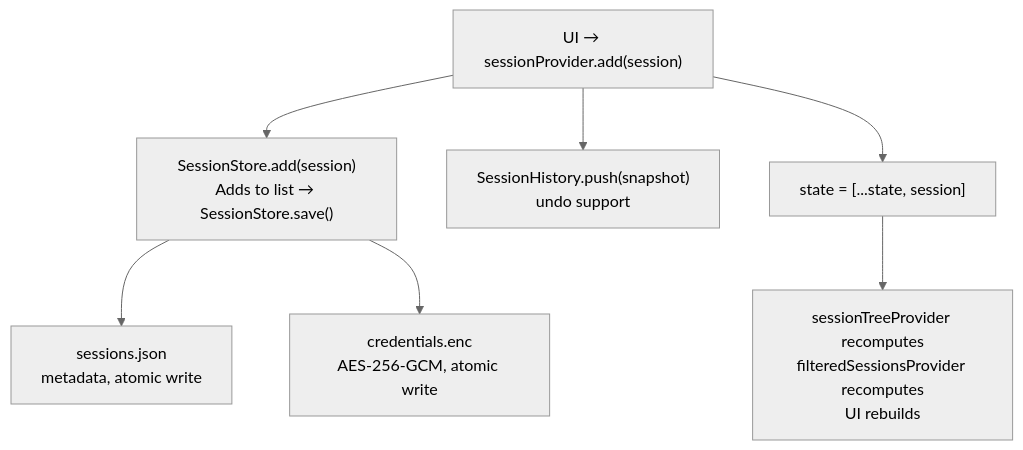
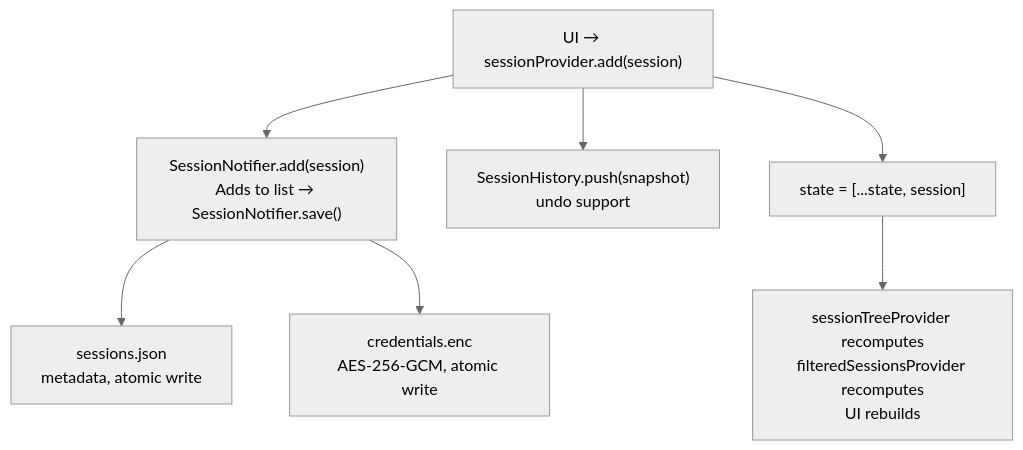
The ninth of 13 diagrams in docs/ARCHITECTURE.md (Llloooggg/LetsFLUTssh), drawn with Mermaid (neutral theme) before and after one commit. The commit also changed other lines of this file, not shown here.

````diff
--- a/docs/ARCHITECTURE.md
+++ b/docs/ARCHITECTURE.md
@@ -3950,10 +3950,10 @@
 ```mermaid
 flowchart TD
     ui["UI → sessionProvider.add(session)"]
-    ui --> add["SessionStore.add(session)<br/>Adds to list → SessionStore.save()"]
+    ui --> add["SessionNotifier.add(session)<br/>Adds to list → SessionNotifier.save()"]
     add --> meta["sessions.json<br/>metadata, atomic write"]
     add --> creds["credentials.enc<br/>AES-256-GCM, atomic write"]
     ui --> hist["SessionHistory.push(snapshot)<br/>undo support"]
     ui --> st["state = [...state, session]"]
     st --> rc["sessionTreeProvider recomputes<br/>filteredSessionsProvider recomputes<br/>UI rebuilds"]
 ```
````
